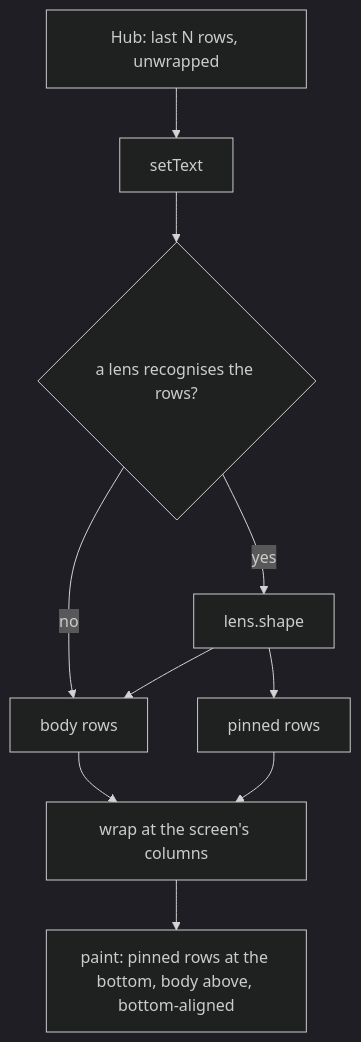
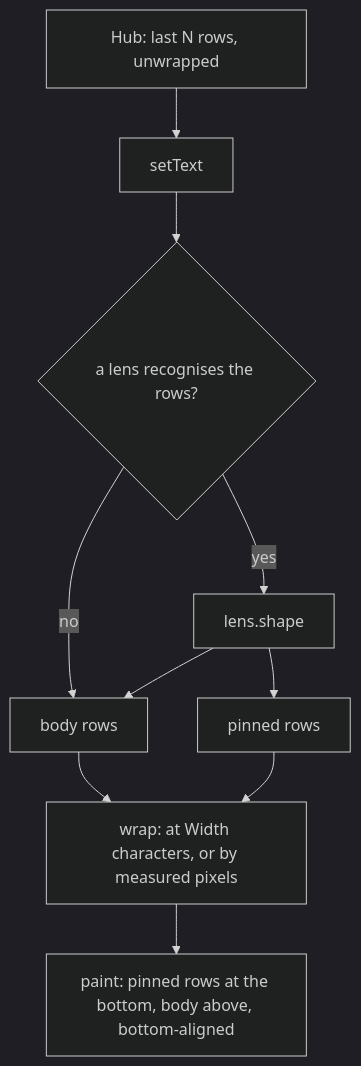
One commit to notmarkopadjen/muxway-midp changed the second of 2 diagrams in docs/features/pane-view.md. Above: the diagram before and after it, drawn with Mermaid (dark theme). The commit also changed other lines of this file and 17 other files, not shown here.

````diff
--- a/docs/features/pane-view.md
+++ b/docs/features/pane-view.md
@@ -55,12 +72,12 @@
 ```mermaid
 flowchart TD
     H[Hub: last N rows, unwrapped] --> S[setText]
     S --> L{a lens recognises the rows?}
     L -- no --> B[body rows]
     L -- yes --> C[lens.shape]
     C --> B
     C --> P[pinned rows]
-    B --> W[wrap at the screen's columns]
+    B --> W[wrap: at Width characters, or by measured pixels]
     P --> W
     W --> D[paint: pinned rows at the bottom, body above, bottom-aligned]
 ```
````
